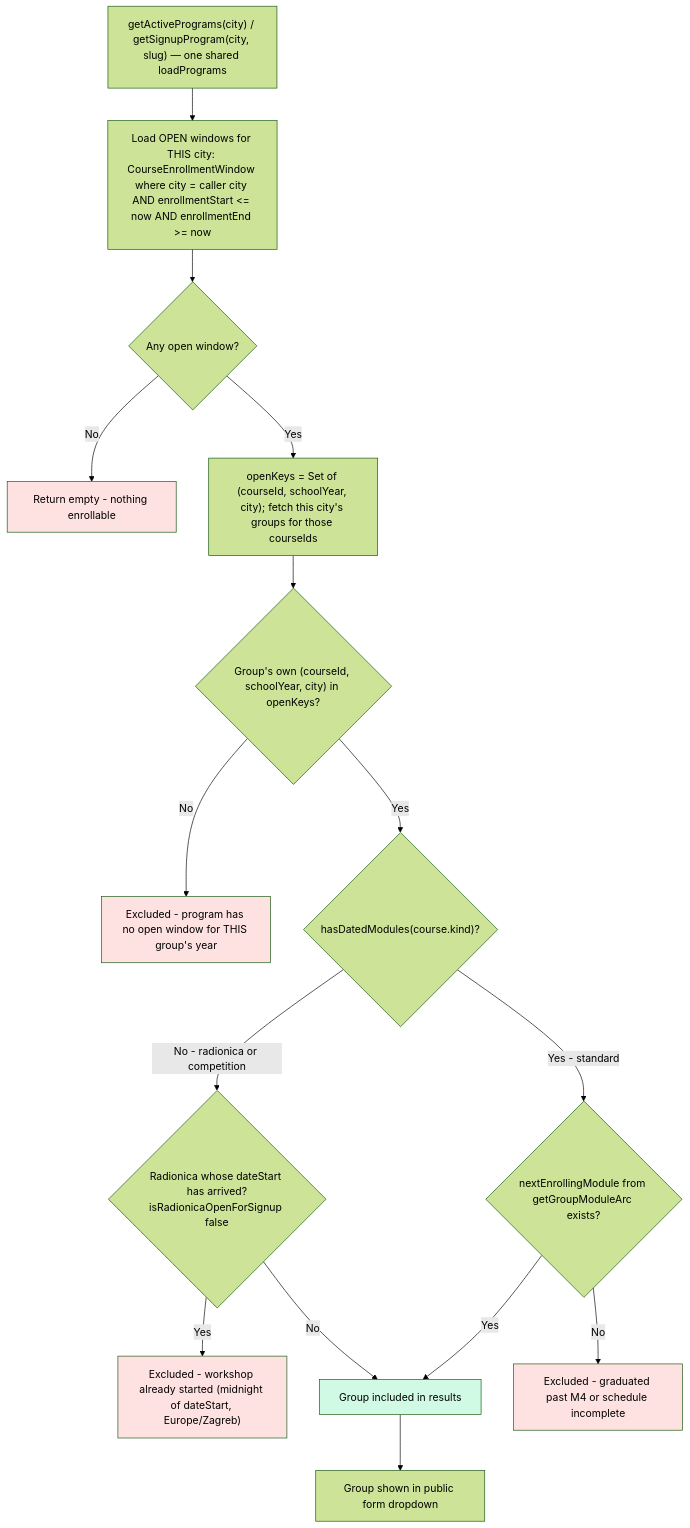
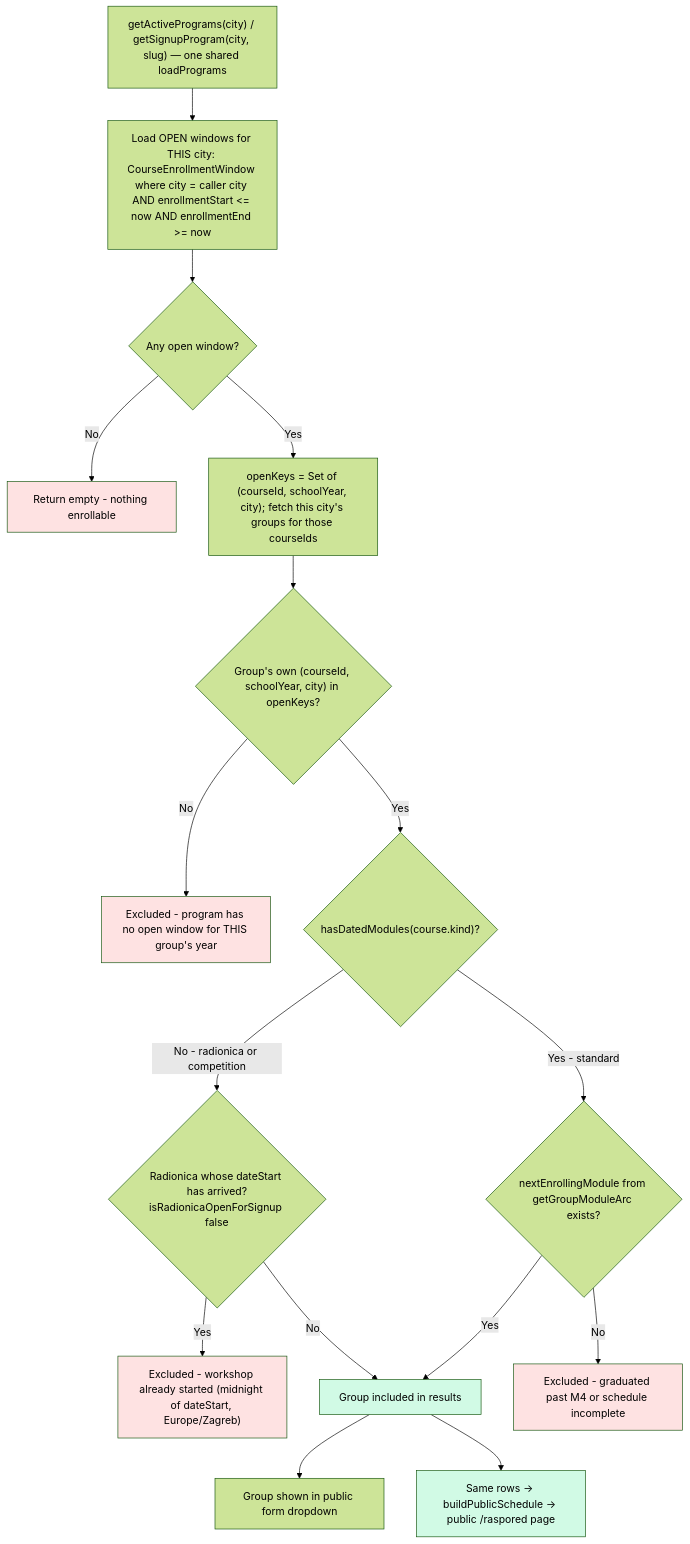
Before and after one commit to jpucic00/inovatic: diagram 14 of 17 in docs/diagrams/enrollment-rules.md, drawn with Mermaid (forest theme). The commit also changed other lines of this file and 13 other files, not shown here.

````diff
--- a/docs/diagrams/enrollment-rules.md
+++ b/docs/diagrams/enrollment-rules.md
@@ -515,27 +515,29 @@
 ```mermaid
 flowchart TD
     A["getActivePrograms(city) / getSignupProgram(city, slug) — one shared loadPrograms"] --> B["Load OPEN windows for THIS city: CourseEnrollmentWindow where city = caller city AND enrollmentStart &lt;= now AND enrollmentEnd &gt;= now"]
     B --> B0{Any open window?}
     B0 -->|No| EMPTY[Return empty - nothing enrollable]
     B0 -->|Yes| B1["openKeys = Set of (courseId, schoolYear, city); fetch this city's groups for those courseIds"]
     B1 --> C{"Group's own (courseId, schoolYear, city) in openKeys?"}
     C -->|No| EXCLUDE[Excluded - program has no open window for THIS group's year]
     C -->|Yes| D{"hasDatedModules(course.kind)?"}
 
     D -->|Yes - standard| E{"nextEnrollingModule from getGroupModuleArc exists?"}
     D -->|No - radionica or competition| R{"Radionica whose dateStart has arrived?<br/>isRadionicaOpenForSignup false"}
 
     R -->|Yes| EXCLUDE3["Excluded - workshop already started (midnight of dateStart, Europe/Zagreb)"]
     R -->|No| INCLUDE[Group included in results]
 
     E -->|Yes| INCLUDE
     E -->|No| EXCLUDE2[Excluded - graduated past M4 or schedule incomplete]
 
     INCLUDE --> I[Group shown in public form dropdown]
+    INCLUDE --> I2["Same rows → buildPublicSchedule → public /raspored page"]
 
     style EMPTY fill:#fee2e2
+    style I2 fill:#d1fae5
     style EXCLUDE fill:#fee2e2
     style EXCLUDE2 fill:#fee2e2
     style EXCLUDE3 fill:#fee2e2
     style INCLUDE fill:#d1fae5
 ```
````
